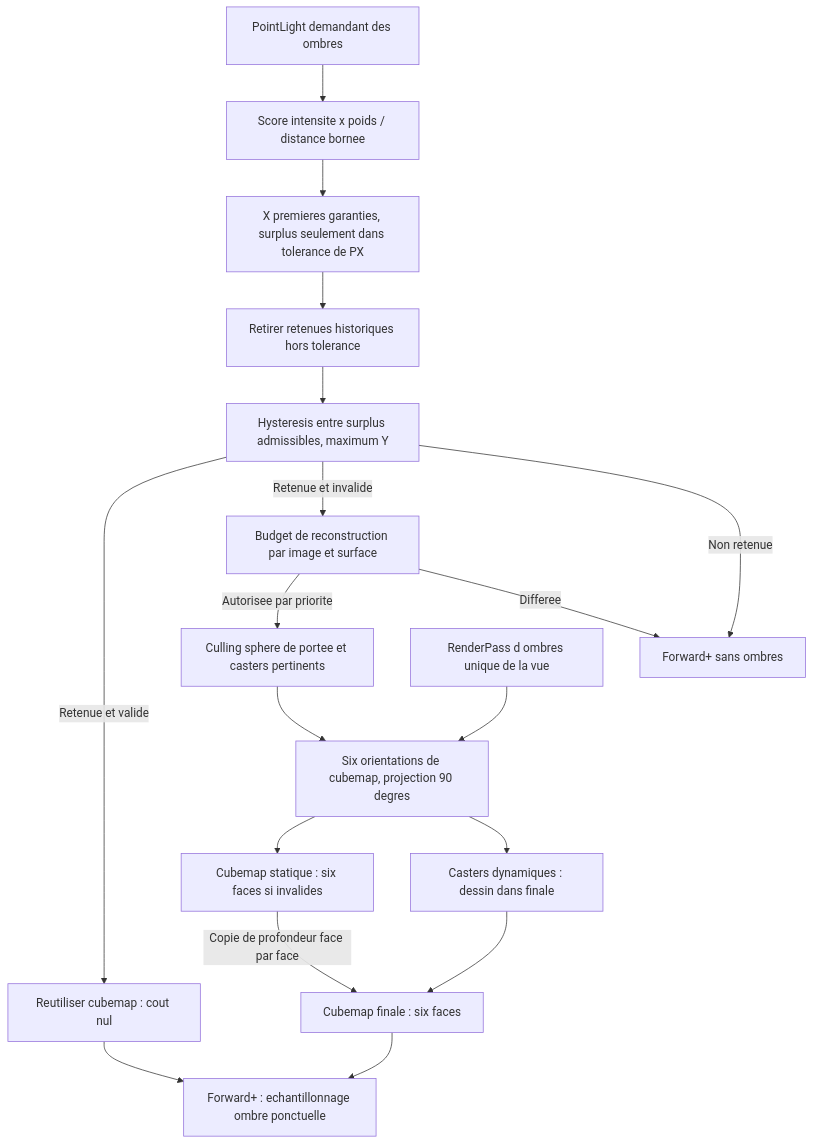
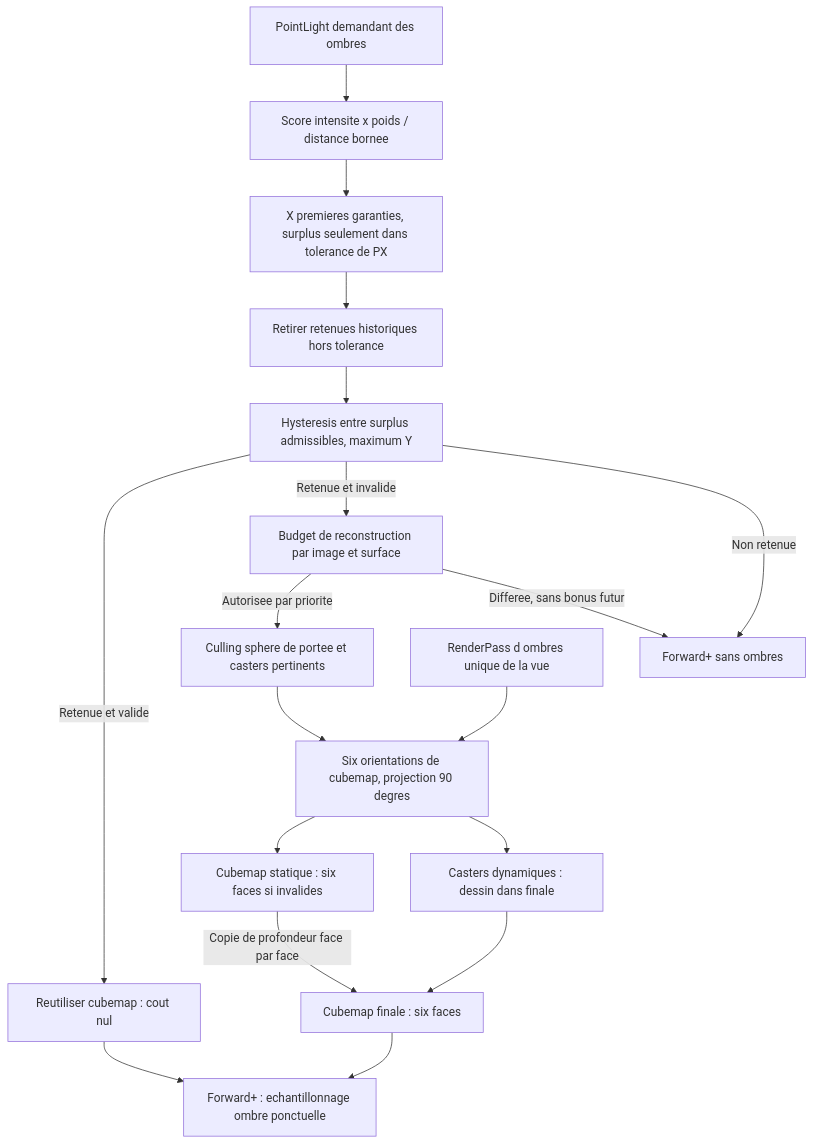
The ninth of 18 diagrams in docs/voxel-engine-v0.1.4-specification.md (EreliaStudio/Sparkle), drawn with Mermaid before and after one commit. The commit also changed other lines of this file, not shown here.

Commit message:
docs(v0.1.4): enforce strict unaged shadow-rebuild priority across views per surface and image

````diff
--- a/docs/voxel-engine-v0.1.4-specification.md
+++ b/docs/voxel-engine-v0.1.4-specification.md
@@ -795,20 +803,20 @@
 ```mermaid
 flowchart TD
   Point["PointLight demandant des ombres"] --> Score["Score intensite x poids / distance bornee"]
   Score --> Soft["X premieres garanties, surplus seulement dans tolerance de PX"]
   Soft --> Hist["Retirer retenues historiques hors tolerance"]
   Hist --> Limit["Hysteresis entre surplus admissibles, maximum Y"]
   Limit -->|"Retenue et valide"| Available["Reutiliser cubemap : cout nul"]
   Limit -->|"Retenue et invalide"| Surface["Budget de reconstruction par image et surface"]
   Surface -->|"Autorisee par priorite"| Range["Culling sphere de portee et casters pertinents"]
-  Surface -->|"Differee"| LightOnly["Forward+ sans ombres"]
+  Surface -->|"Differee, sans bonus futur"| LightOnly["Forward+ sans ombres"]
   Limit -->|"Non retenue"| LightOnly
   Range --> Faces["Six orientations de cubemap, projection 90 degres"]
   Available --> Forward["Forward+ : echantillonnage ombre ponctuelle"]
   Faces --> Static["Cubemap statique : six faces si invalides"]
   Static -->|"Copie de profondeur face par face"| Final["Cubemap finale : six faces"]
   Faces --> Dyn["Casters dynamiques : dessin dans finale"]
   Dyn --> Final
   Final --> Forward["Forward+ : echantillonnage ombre ponctuelle"]
   ShadowPass["RenderPass d ombres unique de la vue"] --> Faces
 ```
````
